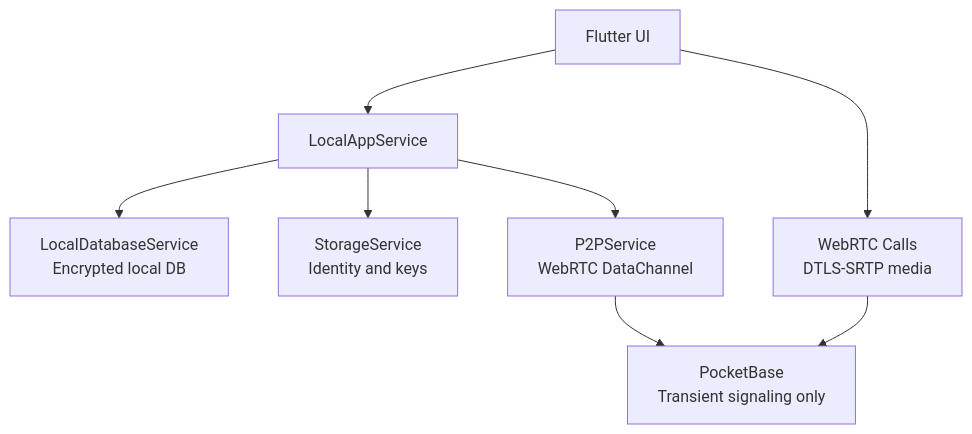
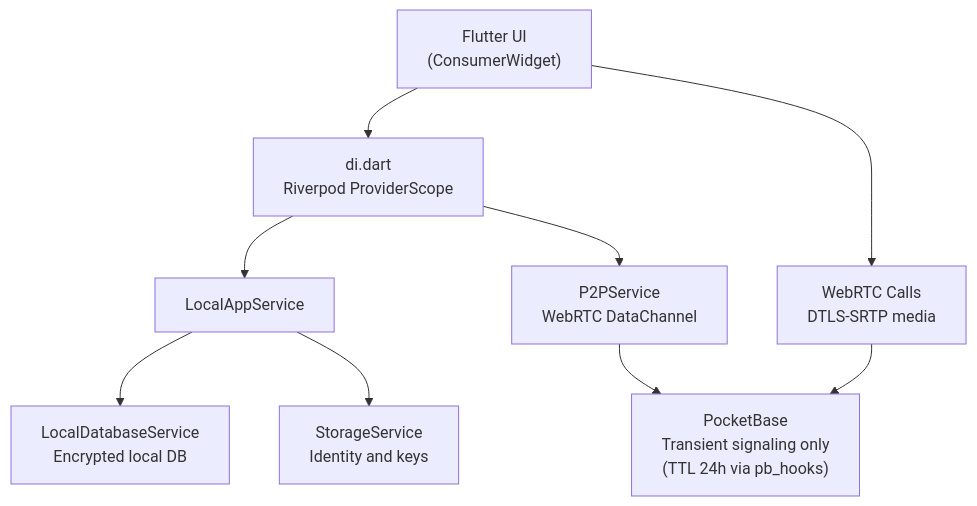
The diagram in docs/ARCHITECTURE.md (no1ness/Stealth-messenger-flutter), drawn with Mermaid before and after one commit. The commit also changed other lines of this file and 3 other files, not shown here.

First line of the commit message:
docs: refresh SECURITY/ARCHITECTURE/DESCRIPTION for hardening landing

````diff
--- a/docs/ARCHITECTURE.md
+++ b/docs/ARCHITECTURE.md
@@ -9,18 +9,20 @@
 ```mermaid
 flowchart TD
-    UI["Flutter UI"]
+    UI["Flutter UI\n(ConsumerWidget)"]
+    DI["di.dart\nRiverpod ProviderScope"]
     App["LocalAppService"]
     DB["LocalDatabaseService\nEncrypted local DB"]
     Storage["StorageService\nIdentity and keys"]
     P2P["P2PService\nWebRTC DataChannel"]
     Call["WebRTC Calls\nDTLS-SRTP media"]
-    PB["PocketBase\nTransient signaling only"]
+    PB["PocketBase\nTransient signaling only\n(TTL 24h via pb_hooks)"]
 
-    UI --> App
+    UI --> DI
+    DI --> App
+    DI --> P2P
     App --> DB
     App --> Storage
-    App --> P2P
     P2P --> PB
     UI --> Call
     Call --> PB
 ```
````
